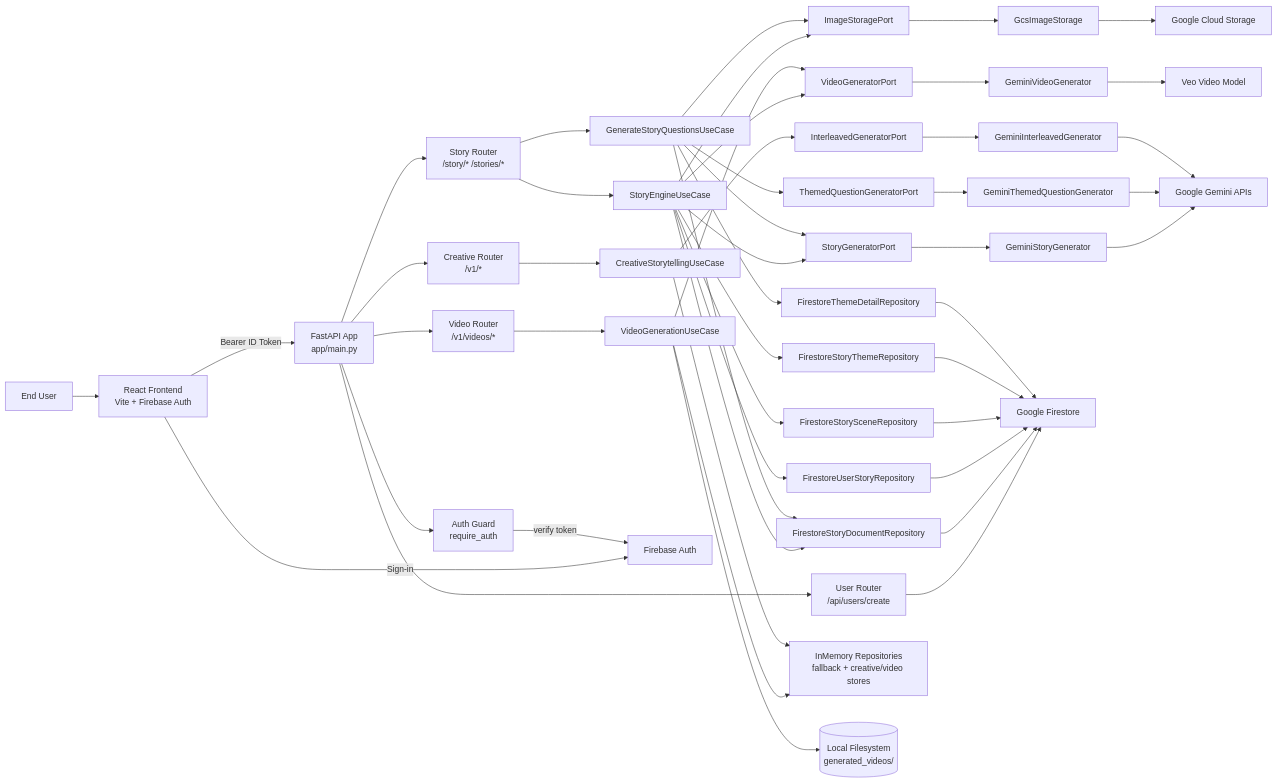
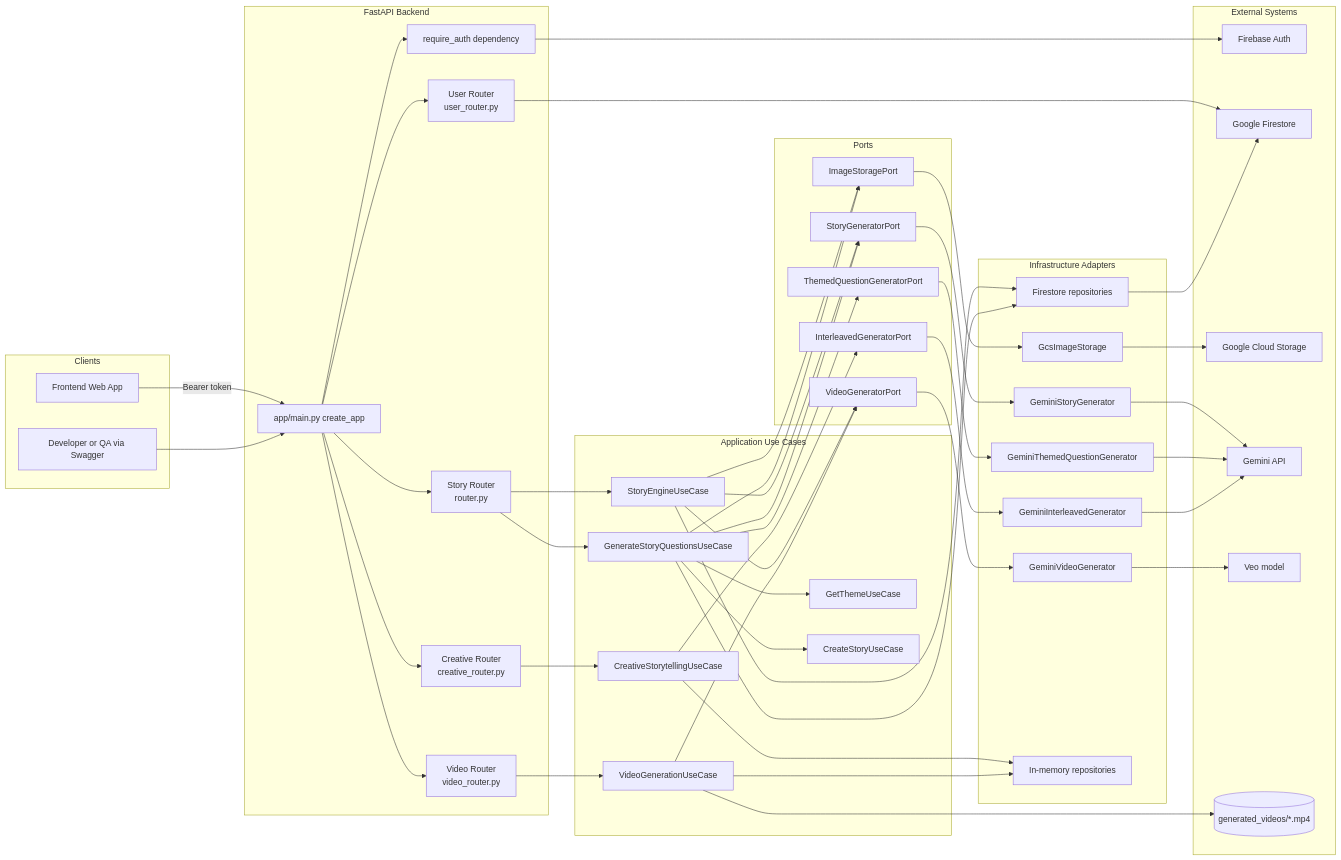
Before and after one commit to vijayvanapalli96/Nebula: the first of 4 diagrams in backend/documentation/backend/ARCHITECTURE.md, drawn with Mermaid. The commit also changed other lines of this file and 1 other file, not shown here.

Commit message:
docs: refresh full-stack README and backend architecture diagrams

````diff
--- a/backend/documentation/backend/ARCHITECTURE.md
+++ b/backend/documentation/backend/ARCHITECTURE.md
@@ -7,80 +7,80 @@
 ```mermaid
 flowchart LR
-  %% Clients
-  U[End User]
-  FE[React Frontend<br/>Vite + Firebase Auth]
+  subgraph Clients
+    FE[Frontend Web App]
+    DEV[Developer or QA via Swagger]
+  end
 
-  %% Backend entrypoint
-  API[FastAPI App<br/>app/main.py]
-  AUTH[Auth Guard<br/>require_auth]
+  subgraph Backend[FastAPI Backend]
+    APP[app/main.py create_app]
+    AUTH[require_auth dependency]
+    R1[Story Router<br/>router.py]
+    R2[Creative Router<br/>creative_router.py]
+    R3[Video Router<br/>video_router.py]
+    R4[User Router<br/>user_router.py]
+  end
 
-  %% Routers
-  R1[Story Router<br/>/story/* /stories/*]
-  R2[Creative Router<br/>/v1/*]
-  R3[Video Router<br/>/v1/videos/*]
-  R4[User Router<br/>/api/users/create]
+  subgraph AppLayer[Application Use Cases]
+    U1[StoryEngineUseCase]
+    U2[GenerateStoryQuestionsUseCase]
+    U3[CreativeStorytellingUseCase]
+    U4[VideoGenerationUseCase]
+    U5[GetThemeUseCase]
+    U6[CreateStoryUseCase]
+  end
 
-  %% Use cases
-  UC1[StoryEngineUseCase]
-  UC2[GenerateStoryQuestionsUseCase]
-  UC3[CreativeStorytellingUseCase]
-  UC4[VideoGenerationUseCase]
+  subgraph Ports[Ports]
+    P1[StoryGeneratorPort]
+    P2[ThemedQuestionGeneratorPort]
+    P3[InterleavedGeneratorPort]
+    P4[VideoGeneratorPort]
+    P5[ImageStoragePort]
+  end
 
-  %% Ports / adapters
-  P1[StoryGeneratorPort]
-  P2[ThemedQuestionGeneratorPort]
-  P3[InterleavedGeneratorPort]
-  P4[VideoGeneratorPort]
-  P5[ImageStoragePort]
+  subgraph Adapters[Infrastructure Adapters]
+    A1[GeminiStoryGenerator]
+    A2[GeminiThemedQuestionGenerator]
+    A3[GeminiInterleavedGenerator]
+    A4[GeminiVideoGenerator]
+    A5[GcsImageStorage]
+    DB1[Firestore repositories]
+    DB2[In-memory repositories]
+  end
 
-  A1[GeminiStoryGenerator]
-  A2[GeminiThemedQuestionGenerator]
-  A3[GeminiInterleavedGenerator]
-  A4[GeminiVideoGenerator]
-  A5[GcsImageStorage]
+  subgraph External[External Systems]
+    FA[Firebase Auth]
+    FS[Google Firestore]
+    GCS[Google Cloud Storage]
+    GEM[Gemini API]
+    VEO[Veo model]
+    LFS[(generated_videos/*.mp4)]
+  end
 
-  %% Repositories
-  REP1[FirestoreStoryDocumentRepository]
-  REP2[FirestoreUserStoryRepository]
-  REP3[FirestoreStorySceneRepository]
-  REP4[FirestoreStoryThemeRepository]
-  REP5[FirestoreThemeDetailRepository]
-  REP6[InMemory Repositories<br/>fallback + creative/video stores]
+  FE -->|Bearer token| APP
+  DEV --> APP
+  APP --> AUTH
+  AUTH --> FA
+  APP --> R1
+  APP --> R2
+  APP --> R3
+  APP --> R4
 
-  %% External systems
-  FB[Firebase Auth]
-  FS[Google Firestore]
-  GCS[Google Cloud Storage]
-  GEM[Google Gemini APIs]
-  VEO[Veo Video Model]
-  LF[(Local Filesystem<br/>generated_videos/)]
-
-  U --> FE
-  FE -->|Bearer ID Token| API
-  FE -->|Sign-in| FB
-
-  API --> AUTH
-  AUTH -->|verify token| FB
-
-  API --> R1
-  API --> R2
-  API --> R3
-  API --> R4
-
-  R1 --> UC1
-  R1 --> UC2
-  R2 --> UC3
-  R3 --> UC4
+  R1 --> U1
+  R1 --> U2
+  U2 --> U5
+  U2 --> U6
+  R2 --> U3
+  R3 --> U4
   R4 --> FS
 
-  UC1 --> P1
-  UC2 --> P1
-  UC2 --> P2
-  UC3 --> P3
-  UC1 --> P4
-  UC4 --> P4
-  UC1 --> P5
-  UC2 --> P5
+  U1 --> P1
+  U1 --> P4
+  U1 --> P5
+  U2 --> P1
+  U2 --> P2
+  U2 --> P5
+  U3 --> P3
+  U4 --> P4
 
   P1 --> A1
   P2 --> A2
@@ -94,19 +94,10 @@
   A4 --> VEO
   A5 --> GCS
 
-  UC1 --> REP1
-  UC1 --> REP2
-  UC1 --> REP3
-  UC1 --> REP4
-  UC2 --> REP1
-  UC2 --> REP5
-  UC4 --> REP6
-  UC3 --> REP6
-
-  REP1 --> FS
-  REP2 --> FS
-  REP3 --> FS
-  REP4 --> FS
-  REP5 --> FS
-  UC4 --> LF
+  U1 --> DB1
+  U2 --> DB1
+  U3 --> DB2
+  U4 --> DB2
+  DB1 --> FS
+  U4 --> LFS
 ```
````
